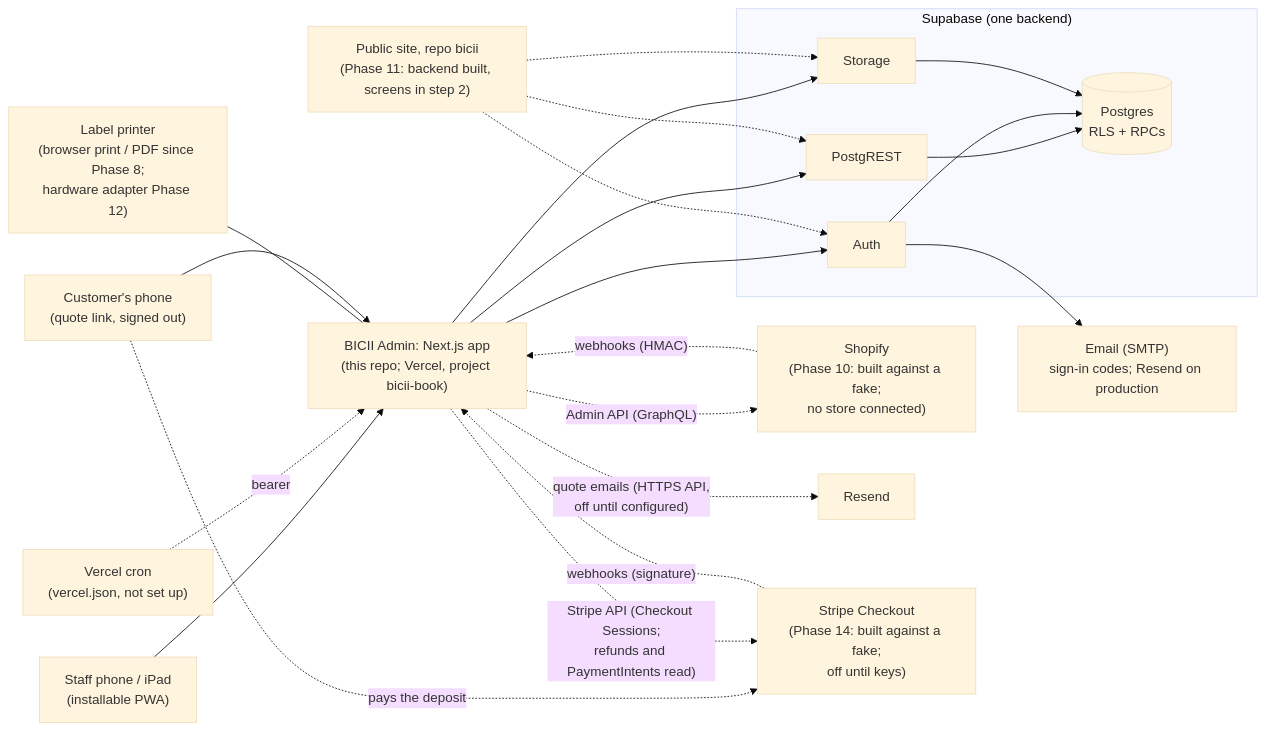
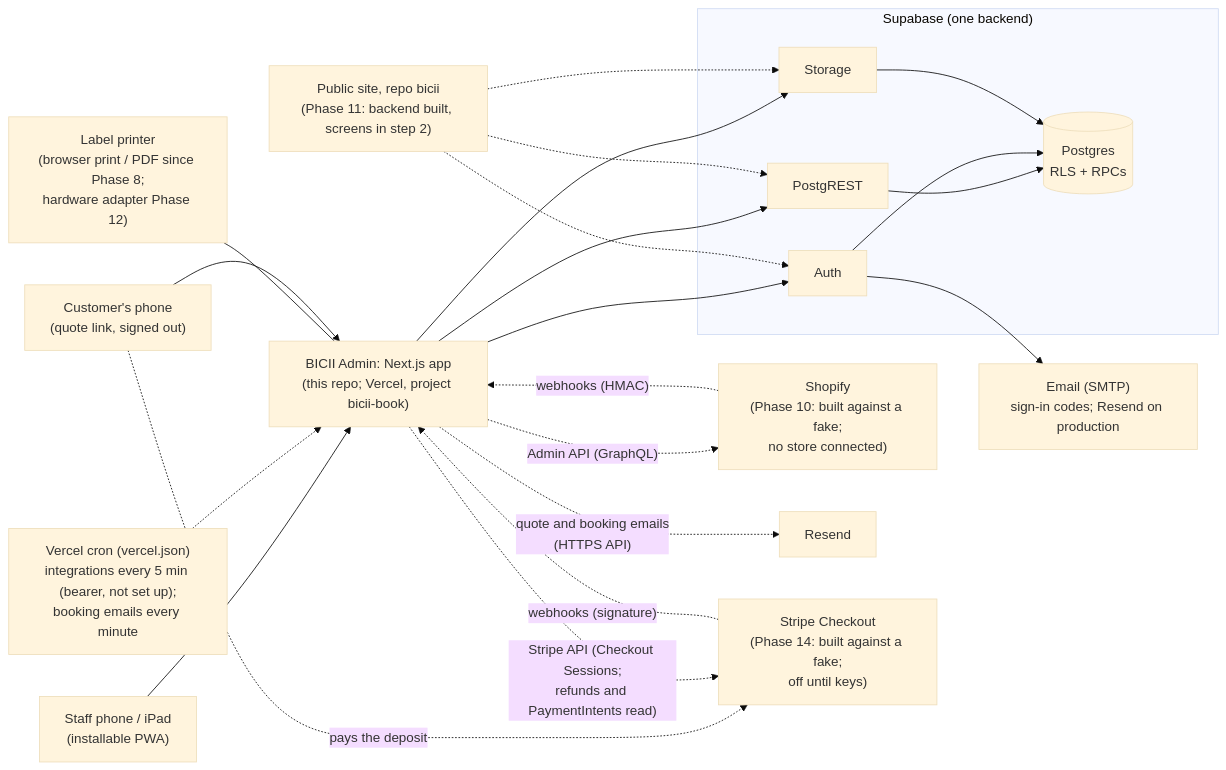
One commit to georgieboys/bicii-book changed the diagram in docs/ARCHITECTURE.md. Above: the diagram before and after it, drawn with Mermaid (base theme). The commit also changed other lines of this file and 29 other files, not shown here.

````diff
--- a/docs/ARCHITECTURE.md
+++ b/docs/ARCHITECTURE.md
@@ -18,30 +18,30 @@
 ```mermaid
 flowchart LR
   staff["Staff phone / iPad<br/>(installable PWA)"] --> app["BICII Admin: Next.js app<br/>(this repo; Vercel, project bicii-book)"]
   app --> auth
   app --> rest
   app --> storage
   subgraph supabase["Supabase (one backend)"]
     auth["Auth"]
     rest["PostgREST"]
     storage["Storage"]
     db[("Postgres<br/>RLS + RPCs")]
     rest --> db
     auth --> db
     storage --> db
   end
   public["Public site, repo bicii<br/>(Phase 11: backend built, screens in step 2)"] -.-> rest
   public -.-> auth
   public -.-> storage
   shopify["Shopify<br/>(Phase 10: built against a fake;<br/>no store connected)"] -. "webhooks (HMAC)" .-> app
   app -. "Admin API (GraphQL)" .-> shopify
-  cron["Vercel cron<br/>(vercel.json, not set up)"] -. "bearer" .-> app
+  cron["Vercel cron (vercel.json)<br/>integrations every 5 min (bearer, not set up);<br/>booking emails every minute"] -.-> app
   printer["Label printer<br/>(browser print / PDF since Phase 8;<br/>hardware adapter Phase 12)"] --- app
   auth --> mail["Email (SMTP)<br/>sign-in codes; Resend on production"]
   customer["Customer's phone<br/>(quote link, signed out)"] --> app
-  app -. "quote emails (HTTPS API,<br/>off until configured)" .-> resend["Resend"]
+  app -. "quote and booking emails<br/>(HTTPS API)" .-> resend["Resend"]
   stripe["Stripe Checkout<br/>(Phase 14: built against a fake;<br/>off until keys)"]
   customer -. "pays the deposit" .-> stripe
   app -. "Stripe API (Checkout Sessions;<br/>refunds and PaymentIntents read)" .-> stripe
   stripe -. "webhooks (signature)" .-> app
 ```
````
